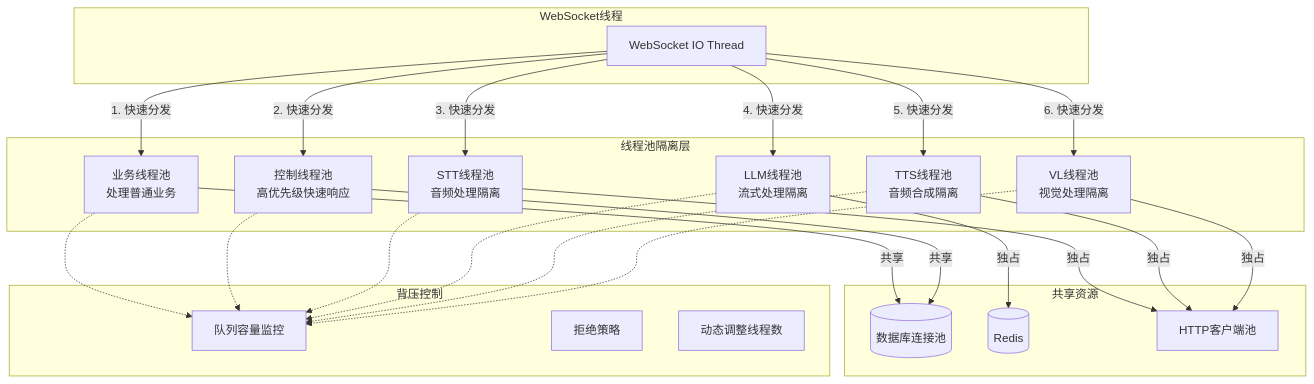
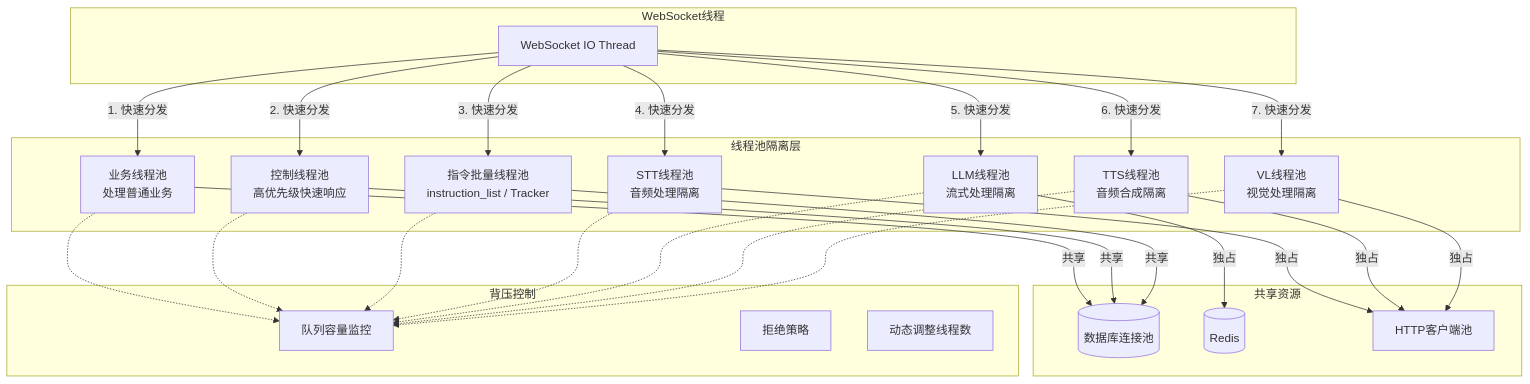
One commit to nangong918/magic-vector changed diagram 15 of 18 in cursor/WS重构.md. Above: the diagram before and after it, drawn with Mermaid. The commit also changed other lines of this file, not shown here.

````diff
--- a/cursor/WS重构.md
+++ b/cursor/WS重构.md
@@ -1238,48 +1337,52 @@
 ```mermaid
 flowchart TB
     subgraph WebSocket线程
         A[WebSocket IO Thread]
     end
 
     subgraph 线程池隔离层
         B[业务线程池<br/>处理普通业务]
         C[控制线程池<br/>高优先级快速响应]
+        IL[指令批量线程池<br/>instruction_list / Tracker]
         D[STT线程池<br/>音频处理隔离]
         E[LLM线程池<br/>流式处理隔离]
         F[TTS线程池<br/>音频合成隔离]
         G[VL线程池<br/>视觉处理隔离]
     end
 
     subgraph 共享资源
         H[(数据库连接池)]
         I[(Redis)]
         J[HTTP客户端池]
     end
 
     A -->|1. 快速分发| B
     A -->|2. 快速分发| C
-    A -->|3. 快速分发| D
-    A -->|4. 快速分发| E
-    A -->|5. 快速分发| F
-    A -->|6. 快速分发| G
+    A -->|3. 快速分发| IL
+    A -->|4. 快速分发| D
+    A -->|5. 快速分发| E
+    A -->|6. 快速分发| F
+    A -->|7. 快速分发| G
 
     B -->|共享| H
     C -->|共享| H
+    IL -->|共享| H
     D -->|独占| J
     E -->|独占| I
     F -->|独占| J
     G -->|独占| J
 
     subgraph 背压控制
         K[队列容量监控]
         L[拒绝策略]
         M[动态调整线程数]
     end
 
     B -.-> K
     C -.-> K
+    IL -.-> K
     D -.-> K
     E -.-> K
     F -.-> K
     G -.-> K
 ```
````
